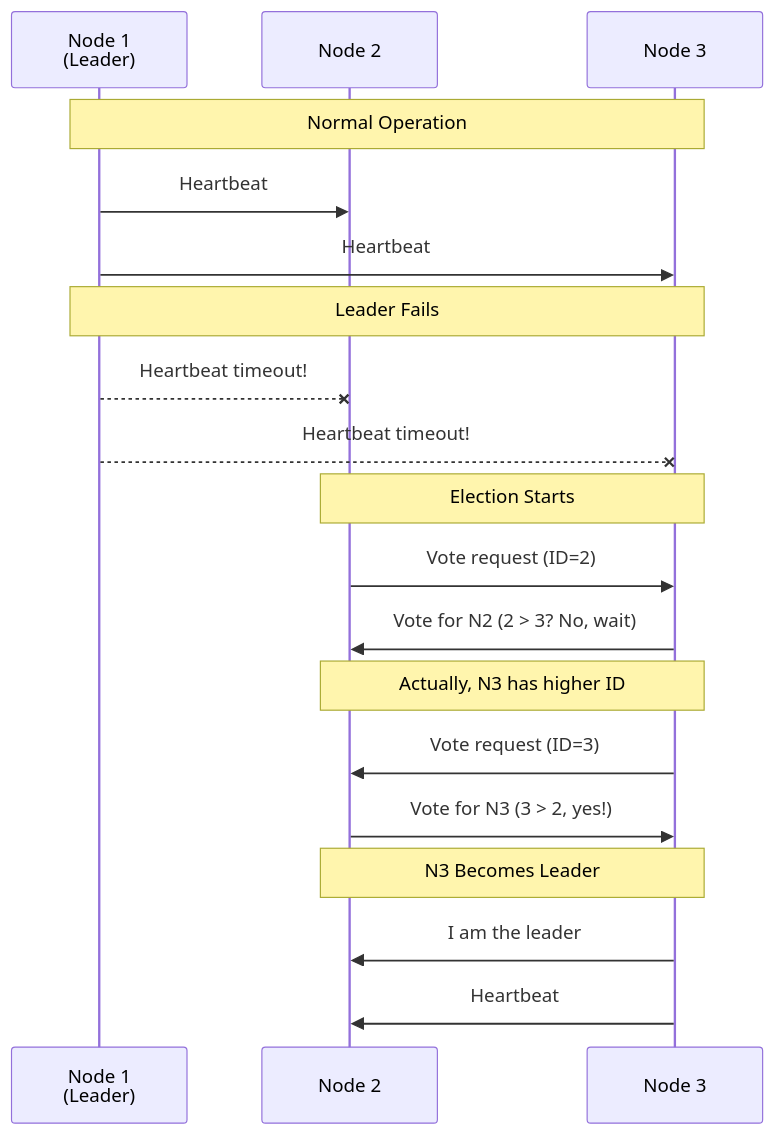
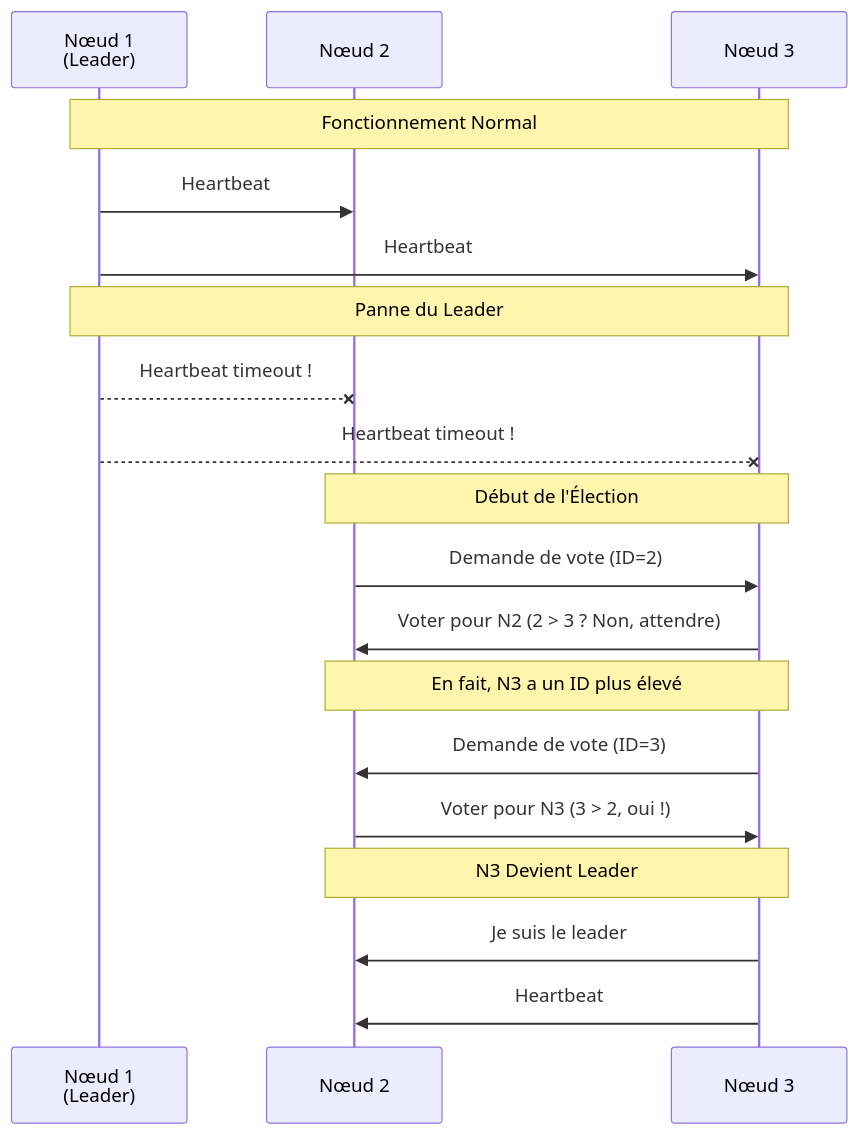
Before and after one commit to dardourimohamed/distributed-systems-course: the seventh of 8 diagrams in src/data-store/06-replication.md, drawn with Mermaid. The commit also changed other lines of this file and 38 other files, not shown here.

````diff
--- a/src/data-store/06-replication.md
+++ b/src/data-store/06-replication.md
@@ -175,26 +175,26 @@
 ```mermaid
 sequenceDiagram
-    participant N1 as Node 1<br/>(Leader)
-    participant N2 as Node 2
-    participant N3 as Node 3
+    participant N1 as Nœud 1<br/>(Leader)
+    participant N2 as Nœud 2
+    participant N3 as Nœud 3
 
-    Note over N1,N3: Normal Operation
+    Note over N1,N3: Fonctionnement Normal
     N1->>N2: Heartbeat
     N1->>N3: Heartbeat
 
-    Note over N1,N3: Leader Fails
-    N1--xN2: Heartbeat timeout!
-    N1--xN3: Heartbeat timeout!
+    Note over N1,N3: Panne du Leader
+    N1--xN2: Heartbeat timeout !
+    N1--xN3: Heartbeat timeout !
 
-    Note over N2,N3: Election Starts
-    N2->>N3: Vote request (ID=2)
-    N3->>N2: Vote for N2 (2 > 3? No, wait)
+    Note over N2,N3: Début de l'Élection
+    N2->>N3: Demande de vote (ID=2)
+    N3->>N2: Voter pour N2 (2 > 3 ? Non, attendre)
 
-    Note over N2,N3: Actually, N3 has higher ID
-    N3->>N2: Vote request (ID=3)
-    N2->>N3: Vote for N3 (3 > 2, yes!)
+    Note over N2,N3: En fait, N3 a un ID plus élevé
+    N3->>N2: Demande de vote (ID=3)
+    N2->>N3: Voter pour N3 (3 > 2, oui !)
 
-    Note over N2,N3: N3 Becomes Leader
-    N3->>N2: I am the leader
+    Note over N2,N3: N3 Devient Leader
+    N3->>N2: Je suis le leader
     N3->>N2: Heartbeat
 ```
````
